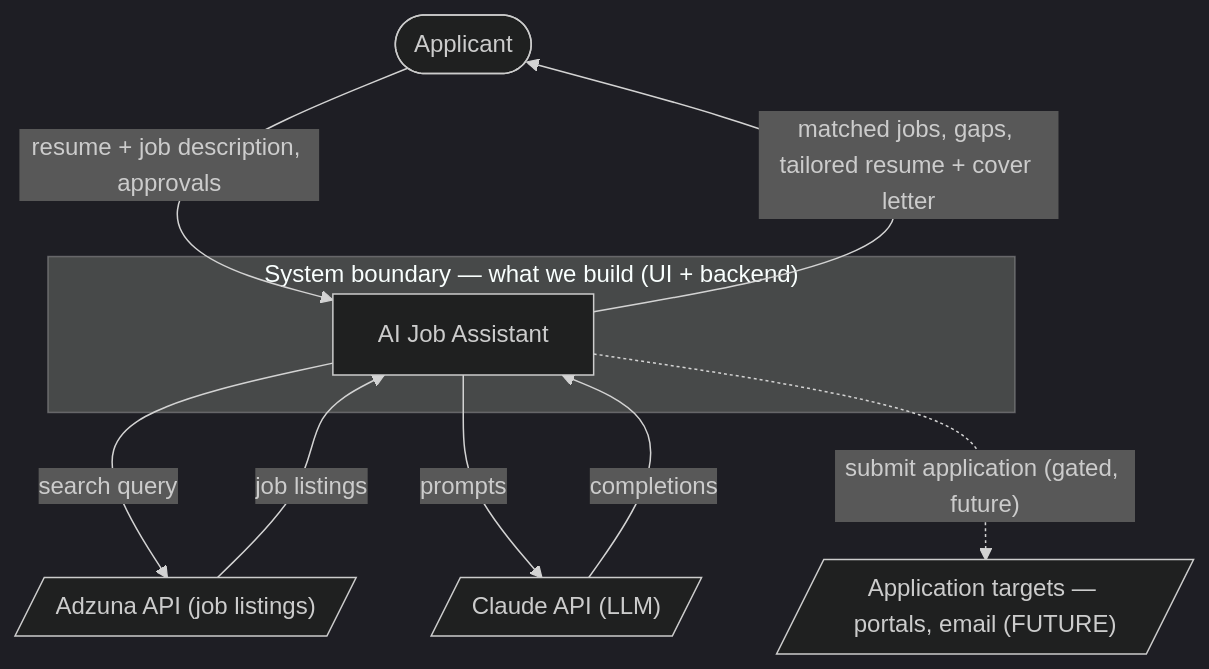
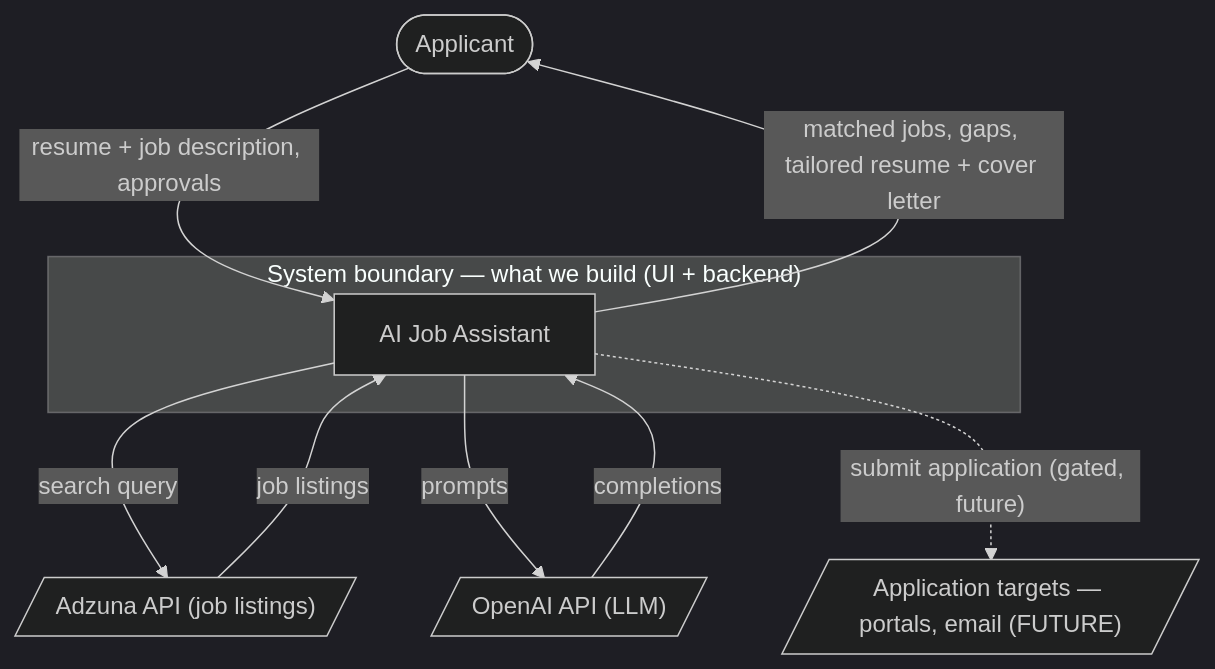
Before and after one commit to ioarun/ai-job-assistant-v2: the diagram in docs/diagrams/context.md, drawn with Mermaid (dark theme). The commit also changed other lines of this file and 7 other files, not shown here.

First line of the commit message:
docs: switch LLM from Claude to OpenAI (ADR-0010 supersedes ADR-0004)

````diff
--- a/docs/diagrams/context.md
+++ b/docs/diagrams/context.md
@@ -31,19 +31,19 @@
 ```mermaid
 flowchart TB
     applicant(["Applicant"])
     adzuna[/"Adzuna API (job listings)"/]
-    claude[/"Claude API (LLM)"/]
+    llm[/"OpenAI API (LLM)"/]
     apply[/"Application targets — portals, email (FUTURE)"/]
 
     subgraph boundary["System boundary — what we build (UI + backend)"]
         sys["AI Job Assistant"]
     end
 
     applicant -->|"resume + job description, approvals"| sys
     sys -->|"matched jobs, gaps, tailored resume + cover letter"| applicant
     sys -->|"search query"| adzuna
     adzuna -->|"job listings"| sys
-    sys -->|"prompts"| claude
-    claude -->|"completions"| sys
+    sys -->|"prompts"| llm
+    llm -->|"completions"| sys
     sys -.->|"submit application (gated, future)"| apply
 ```
````
